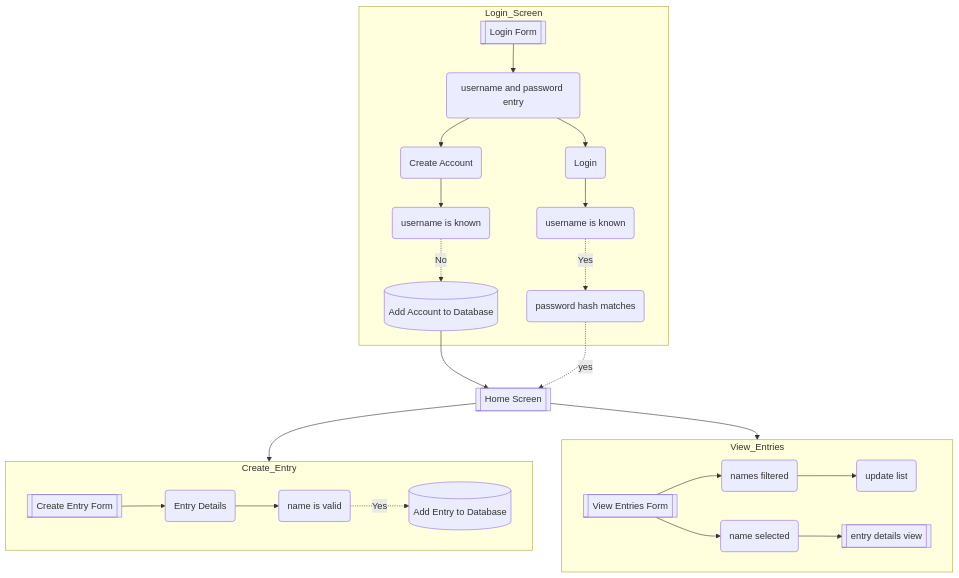
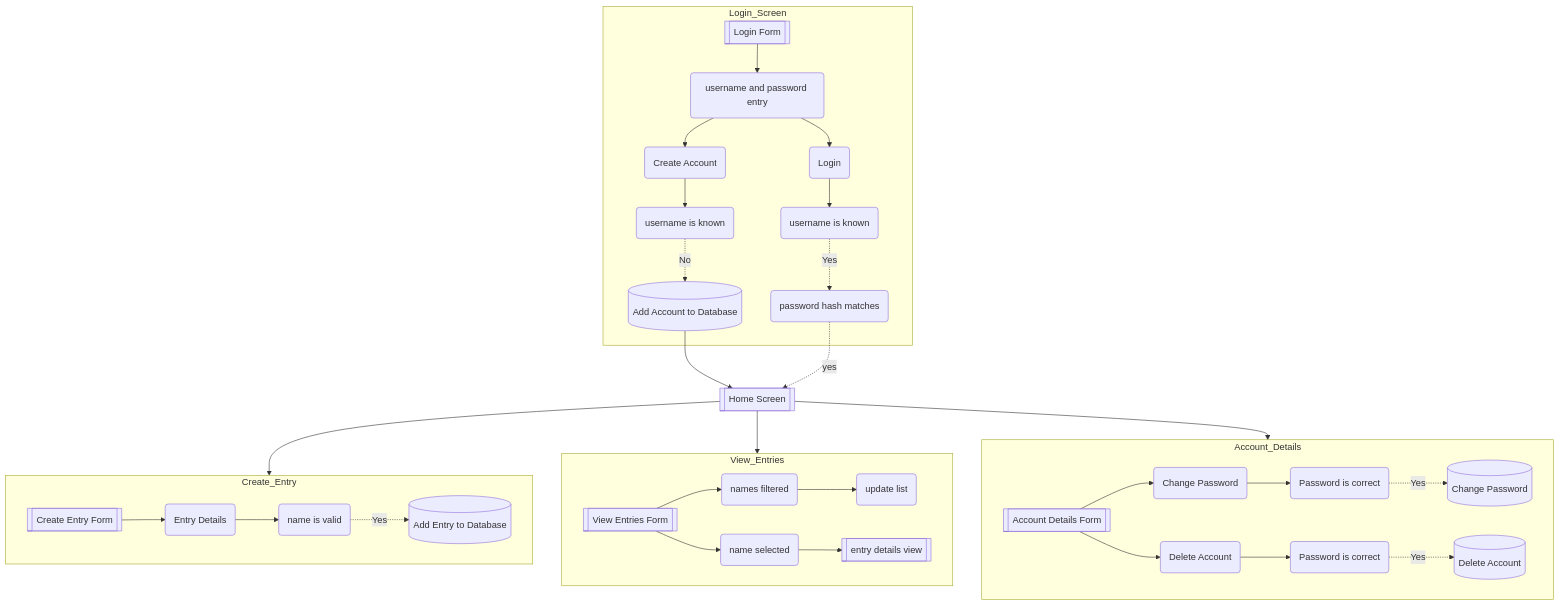
The third of 4 diagrams in README.md (pxp888/passcodes), drawn with Mermaid before and after one commit. The commit also changed other lines of this file and 5 other files, not shown here.

```diff
--- a/README.md
+++ b/README.md
@@ -112,33 +112,40 @@
 ~~~mermaid
 flowchart TD
 
 classDef formview fill:#f96
 
 class hs formview;
 
 cr2-->hs
 pw1-.->|yes|hs
 hs[[Home Screen]]-->Create_Entry
 hs-->View_Entries
+hs-->Account_Details
 
 subgraph "Login_Screen"
     lf[[Login Form]]-->de(username and password entry)-->lp(Login) & cr1(Create Account)
     lp-->uk1(username is known)-.->|Yes|pw1(password hash matches)
     cr1-->uk2(username is known)-.->|No|cr2[(Add Account to Database)]
     
 end
 
 subgraph Create_Entry
     crf[[Create Entry Form]]-->de2(Entry Details)-->nv(name is valid)
     nv-.->|Yes|cr3[(Add Entry to Database)]
 end
 
 
 subgraph View_Entries
     vef[[View Entries Form]]
     vef-->ns(name selected)
     vef-->nf(names filtered)-->ul(update list)
     ns-->ed[[entry details view]]
-    
+end
+
+subgraph Account_Details
+    chpw[[Account Details Form]]
+    chpw-->de3(Change Password) & de4(Delete Account)
+    de3-->cpw1(Password is correct)-.->|Yes|cpw2[(Change Password)]
+    de4-->cpw4(Password is correct)-.->|Yes|cpw3[(Delete Account)]
 end
 ~~~
```
